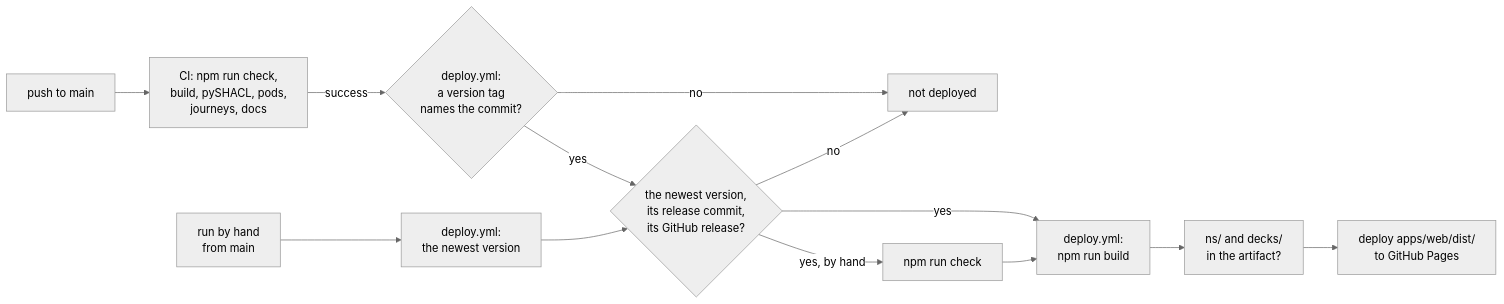
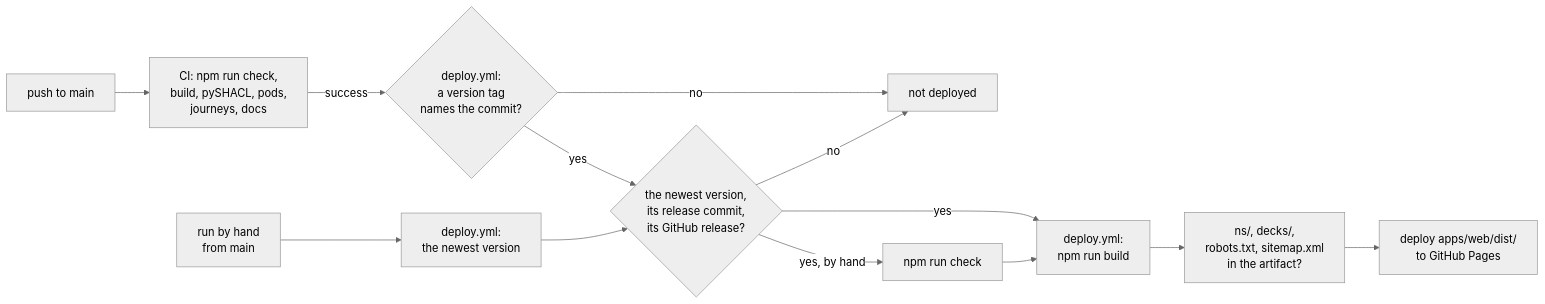
Before and after one commit to solid-memo/website: the diagram in docs/deployment.md, drawn with Mermaid (neutral theme). The commit also changed other lines of this file and 17 other files, not shown here.

First line of the commit message:
feat(web): generate the sitemap and robots.txt from CNAME

````diff
--- a/docs/deployment.md
+++ b/docs/deployment.md
@@ -17,12 +17,12 @@
 ```mermaid
 flowchart LR
     accTitle: When a version is deployed
     accDescr: A push to main, or a run by hand, deploys only the newest version, from its release commit and with its GitHub release, after the build and its guard.
     push["push to main"] --> ci["CI: npm run check,<br/>build, pySHACL, pods,<br/>journeys, docs"] -->|success| tag{"deploy.yml:<br/>a version tag<br/>names the commit?"}
     tag -->|no| skip["not deployed"]
     tag -->|yes| release{"the newest version,<br/>its release commit,<br/>its GitHub release?"}
     release -->|no| skip
-    release -->|yes| build["deploy.yml:<br/>npm run build"] --> guard["ns/ and decks/<br/>in the artifact?"] --> pages["deploy apps/web/dist/<br/>to GitHub Pages"]
+    release -->|yes| build["deploy.yml:<br/>npm run build"] --> guard["ns/, decks/,<br/>robots.txt, sitemap.xml<br/>in the artifact?"] --> pages["deploy apps/web/dist/<br/>to GitHub Pages"]
     hand["run by hand<br/>from main"] --> newest["deploy.yml:<br/>the newest version"] --> release
     release -->|"yes, by hand"| check["npm run check"] --> build
 ```
````
